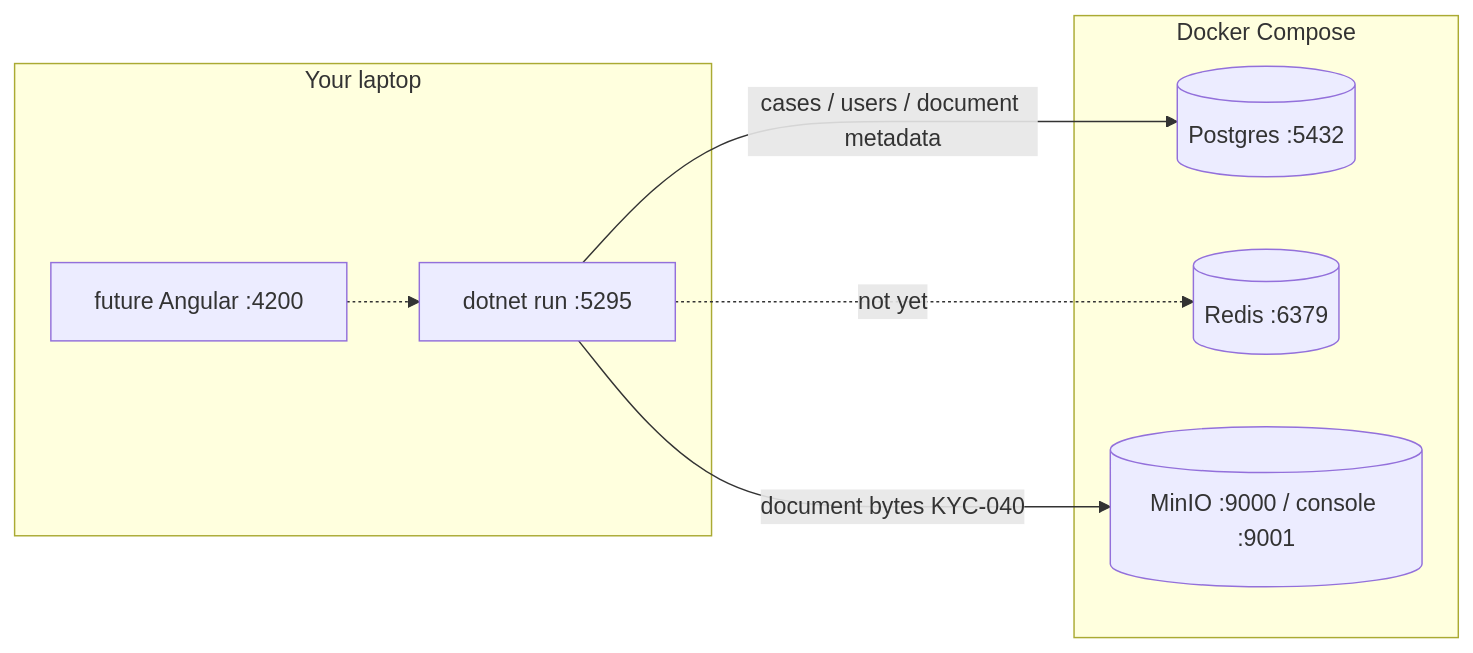
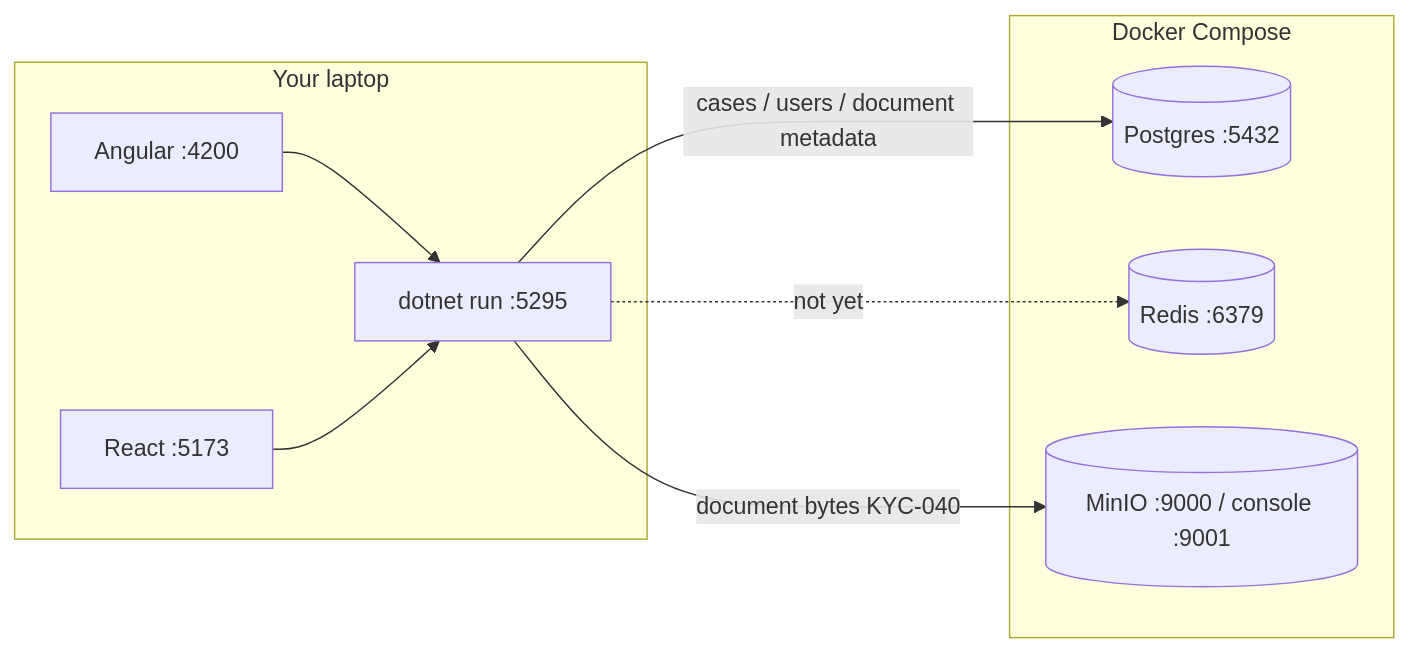
One commit to SDS37/kyc-multi-frontend changed the diagram in infrastructure/README.STUDY.md. Above: the diagram before and after it, drawn with Mermaid. The commit also changed other lines of this file and 21 other files, not shown here.

````diff
--- a/infrastructure/README.STUDY.md
+++ b/infrastructure/README.STUDY.md
@@ -27,16 +27,18 @@
 ```mermaid
 flowchart LR
     subgraph host ["Your laptop"]
         API["dotnet run :5295"]
-        UI["future Angular :4200"]
+        Ang["Angular :4200"]
+        React["React :5173"]
     end
     subgraph compose ["Docker Compose"]
         PG[(Postgres :5432)]
         RD[(Redis :6379)]
         MN[(MinIO :9000 / console :9001)]
     end
     API -->|"cases / users / document metadata"| PG
     API -->|"document bytes KYC-040"| MN
     API -.->|"not yet"| RD
-    UI -.-> API
+    Ang --> API
+    React --> API
 ```
````
